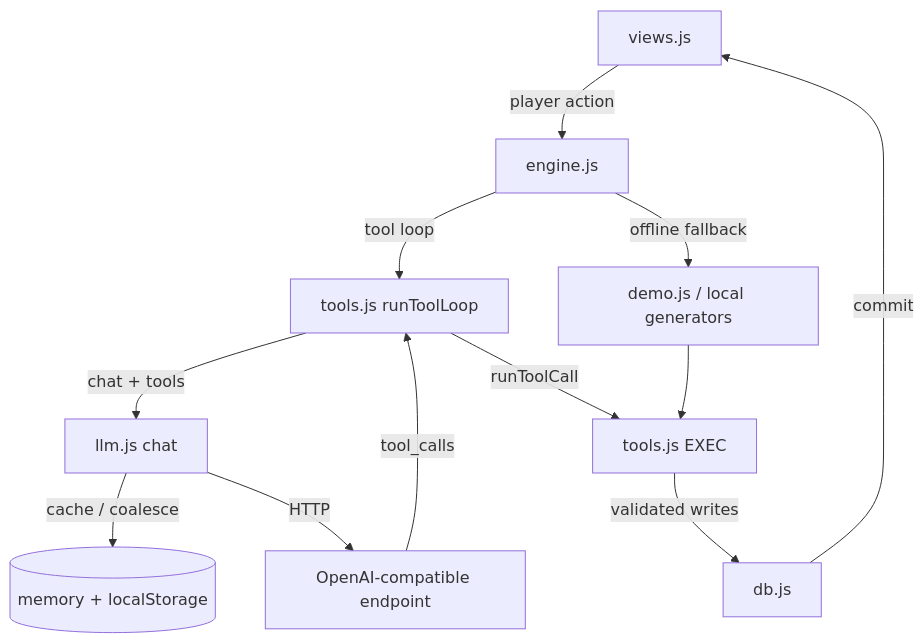
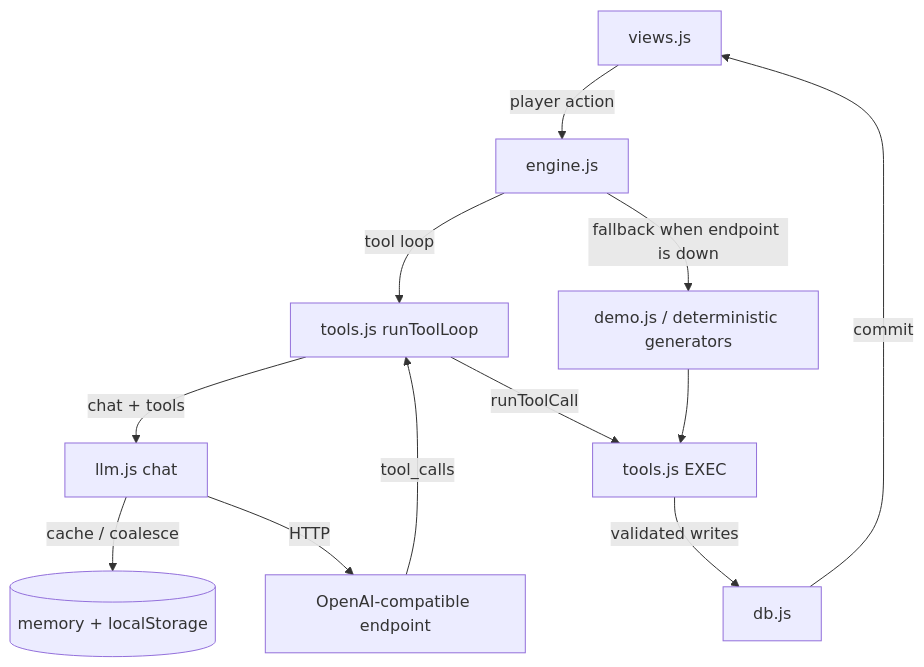
Before and after one commit to Wesrets1/-Open-X: the diagram in ARCHITECTURE.md, drawn with Mermaid. The commit also changed other lines of this file and 9 other files, not shown here.

First line of the commit message:
feat: enable shared demo key; correct copy that claimed local generation

````diff
--- a/ARCHITECTURE.md
+++ b/ARCHITECTURE.md
@@ -5,15 +5,15 @@
 ```mermaid
 flowchart TD
   UI[views.js] -->|player action| ENG[engine.js]
   ENG -->|tool loop| TL[tools.js runToolLoop]
   TL -->|chat + tools| LLM[llm.js chat]
   LLM -->|cache / coalesce| CACHE[(memory + localStorage)]
   LLM -->|HTTP| API[OpenAI-compatible endpoint]
   API -->|tool_calls| TL
   TL -->|runToolCall| EXEC[tools.js EXEC]
   EXEC -->|validated writes| DB[db.js]
   DB -->|commit| UI
 
-  ENG -->|offline fallback| LOCAL[demo.js / local generators]
+  ENG -->|fallback when endpoint is down| LOCAL[demo.js / deterministic generators]
   LOCAL --> EXEC
 ```
````
